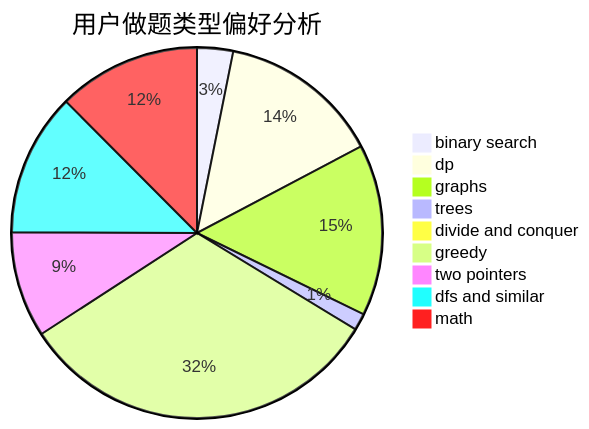
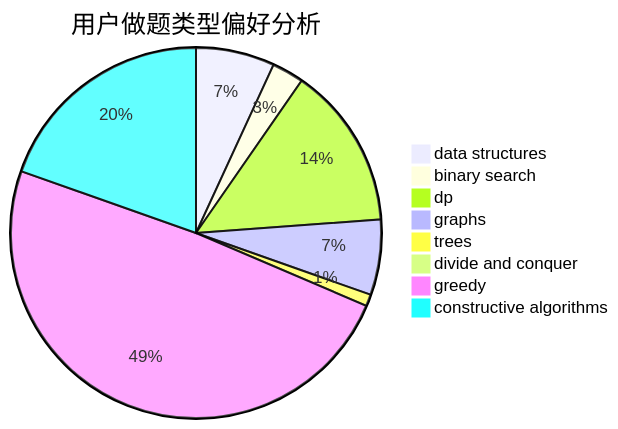
Before and after one commit to sherpahu/cfrs.github.io: the second of 3 diagrams in docs/user/u1606.md, drawn with Mermaid. The commit also changed other lines of this file and 2775 other files, not shown here.

````diff
--- a/docs/user/u1606.md
+++ b/docs/user/u1606.md
@@ -23,12 +23,11 @@
 ```mermaid
 pie title 用户做题类型偏好分析
-    "binary search" :  34
-    "dp" :  153
-    "graphs" :  162
-    "trees" :  16
-    "divide and conquer" :  8
-    "greedy" :  348
-    "two pointers" :  100
-    "dfs and similar" :  135
-    "math" :  135
+    "data structures" :  47
+    "binary search" :  19
+    "dp" :  97
+    "graphs" :  45
+    "trees" :  7
+    "divide and conquer" :  0
+    "greedy" :  335
+    "constructive algorithms" :  134
 ```
````
